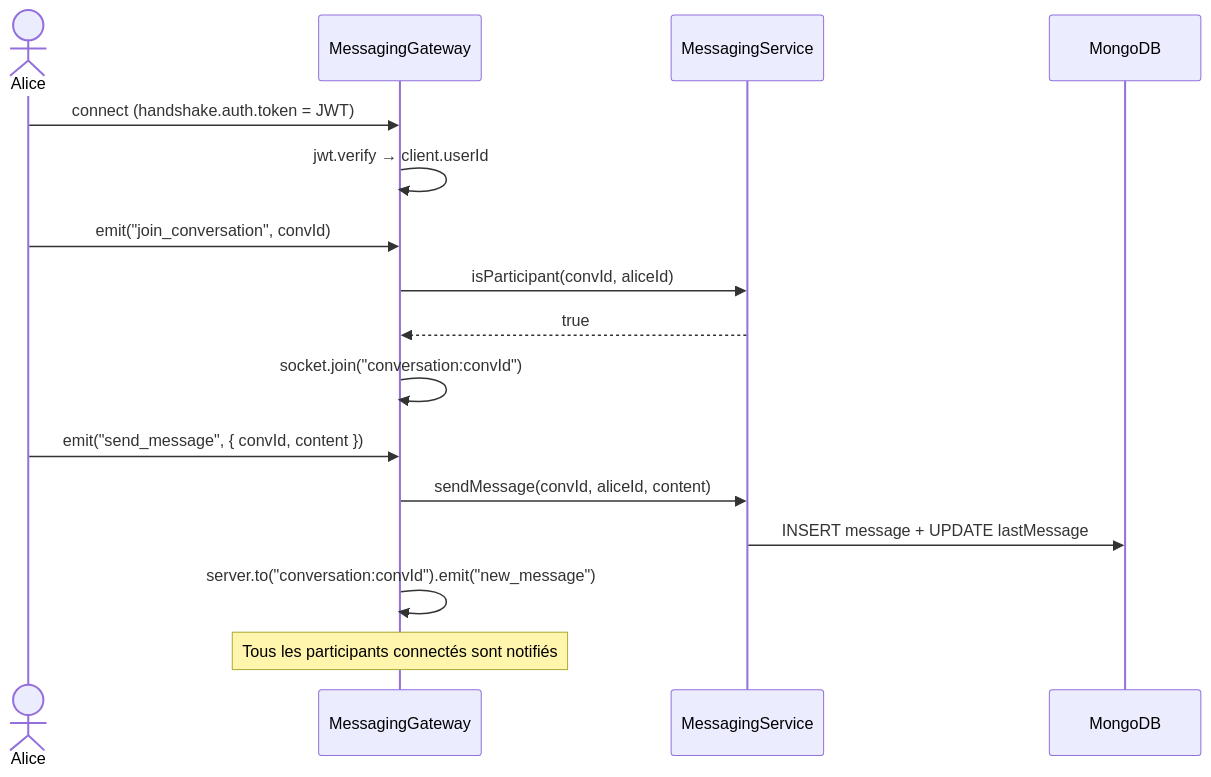
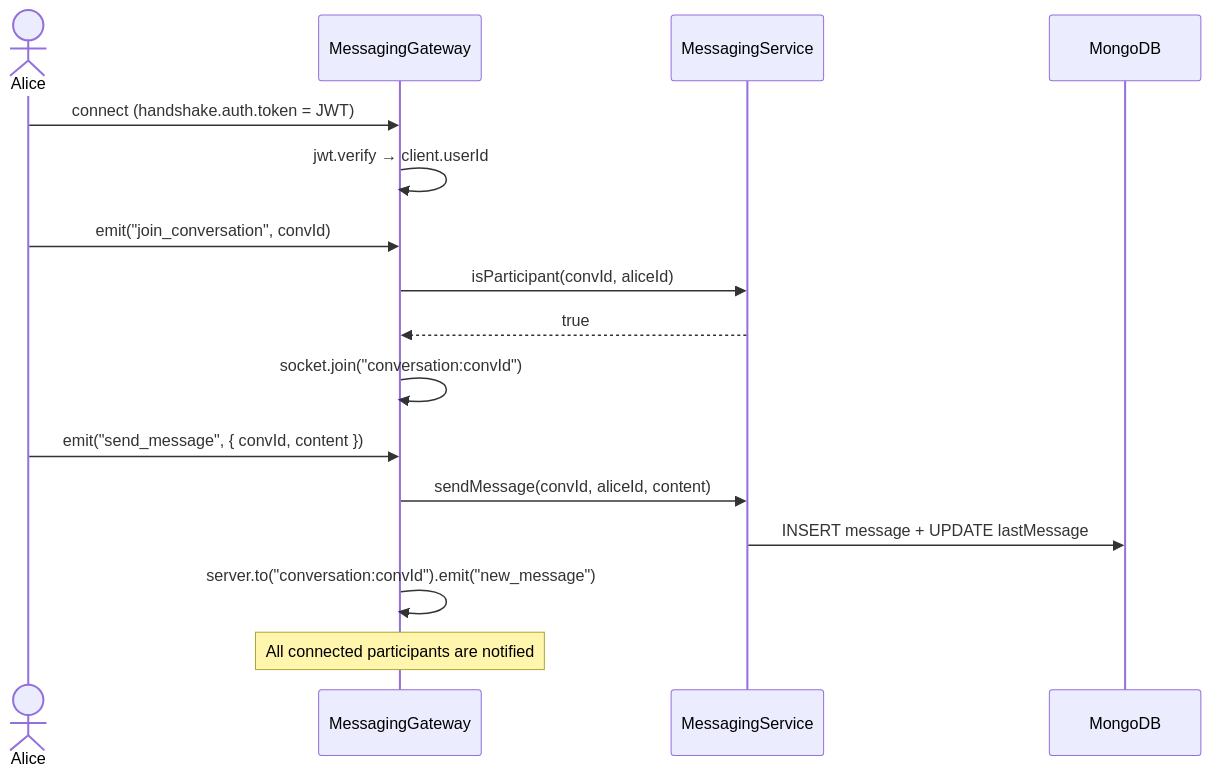
One commit to creibaud/QuartierConnect changed the fourth of 20 diagrams in docs/RAPPORT-ETAPE3.md. Above: the diagram before and after it, drawn with Mermaid. The commit also changed other lines of this file and 155 other files, not shown here.

````diff
--- a/docs/RAPPORT-ETAPE3.md
+++ b/docs/RAPPORT-ETAPE3.md
@@ -179,20 +179,20 @@
 ```mermaid
 sequenceDiagram
     actor A as Alice
     participant GW as MessagingGateway
     participant SVC as MessagingService
     participant M as MongoDB
 
     A->>GW: connect (handshake.auth.token = JWT)
     GW->>GW: jwt.verify → client.userId
     A->>GW: emit("join_conversation", convId)
     GW->>SVC: isParticipant(convId, aliceId)
     SVC-->>GW: true
     GW->>GW: socket.join("conversation:convId")
 
     A->>GW: emit("send_message", { convId, content })
     GW->>SVC: sendMessage(convId, aliceId, content)
     SVC->>M: INSERT message + UPDATE lastMessage
     GW->>GW: server.to("conversation:convId").emit("new_message")
-    Note over GW: Tous les participants connectés sont notifiés
+    Note over GW: All connected participants are notified
 ```
````
